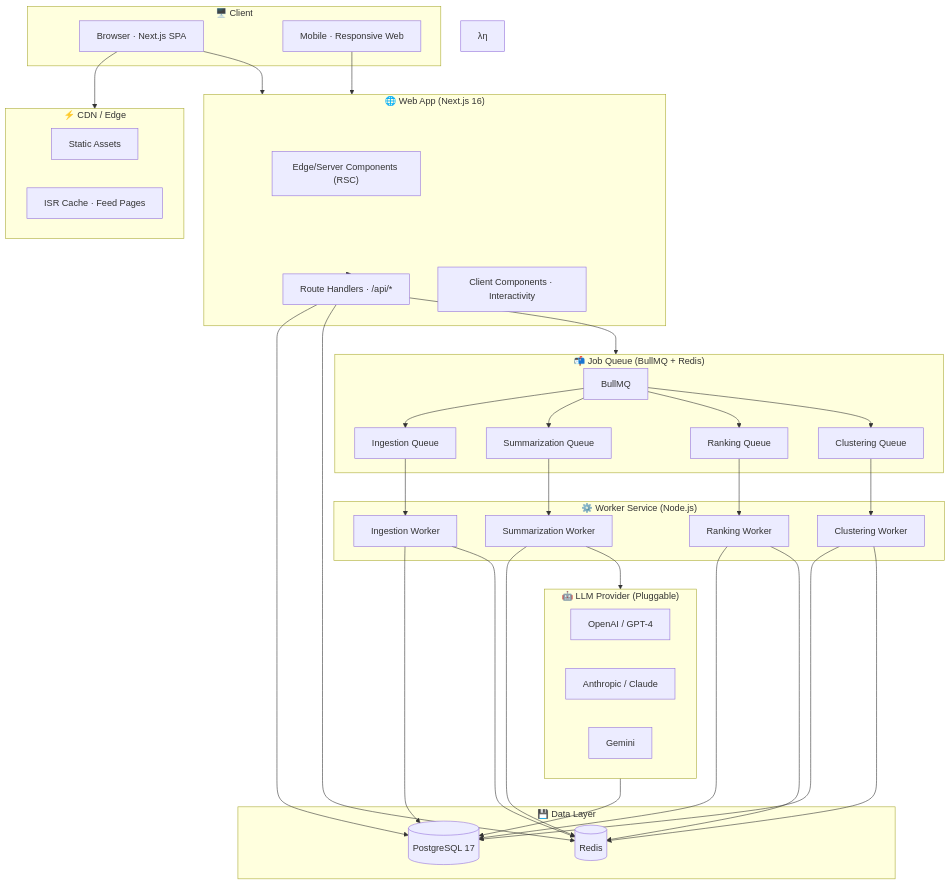
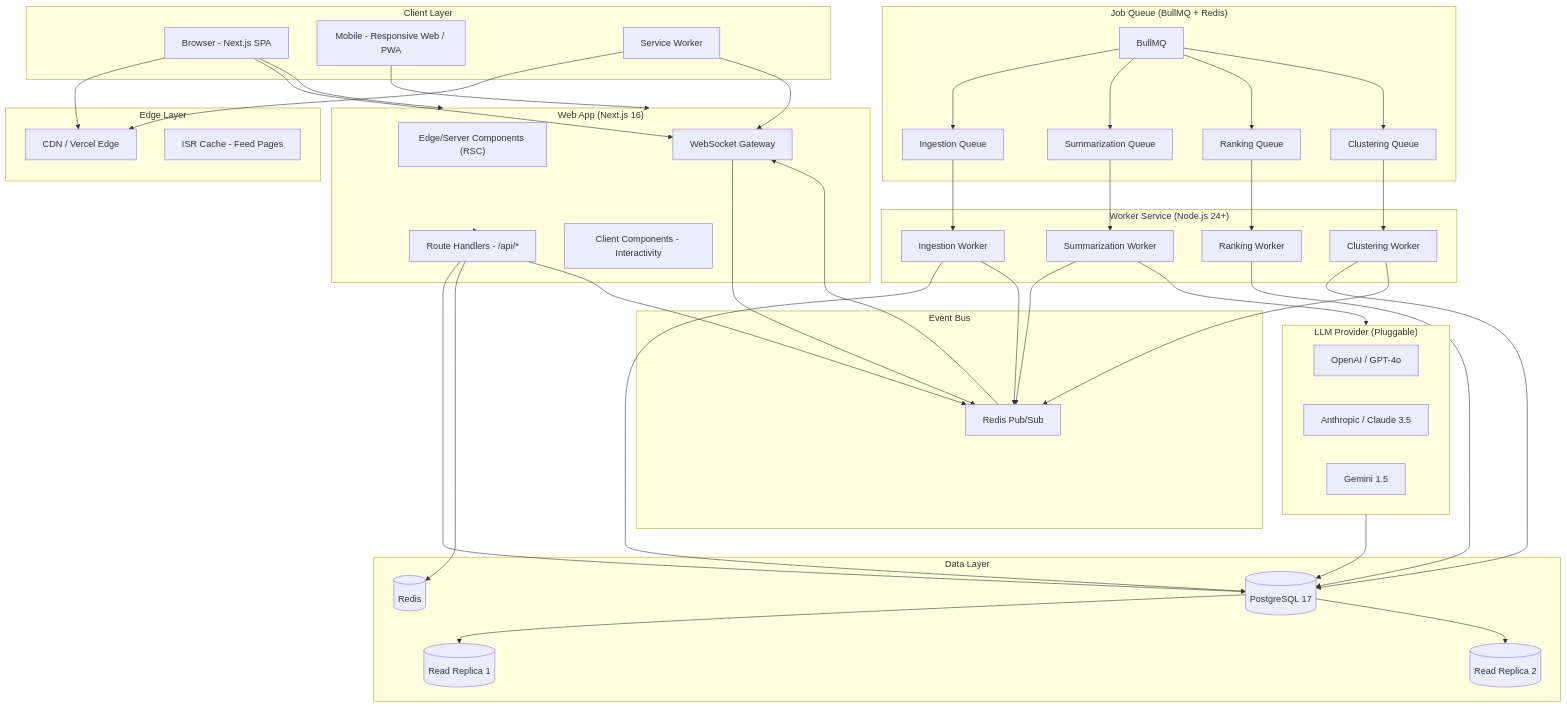
The second of 5 diagrams in Project_Architecture_Document.md (nordeim/onestopnews), drawn with Mermaid before and after one commit. The commit also changed other lines of this file and 1 other file, not shown here.

````diff
--- a/Project_Architecture_Document.md
+++ b/Project_Architecture_Document.md
@@ -375,59 +632,74 @@
 ```mermaid
 flowchart TB
-    subgraph Client["🖥️ Client"]
-        Browser["Browser · Next.js SPA"]
-        Mobile["Mobile · Responsive Web"]
-    end
+  subgraph Client["Client Layer"]
+    Browser["Browser - Next.js SPA"]
+    Mobile["Mobile - Responsive Web / PWA"]
+    SW["Service Worker"]
+  end
 
-    subgraph CDN["⚡ CDN / Edge"]
-        Static["Static Assets"]
-        ISR["ISR Cache · Feed Pages"]
-    end
+  subgraph Edge["Edge Layer"]
+    CDN["CDN / Vercel Edge"]
+    ISR["ISR Cache - Feed Pages"]
+  end
 
-    subgraph Web["🌐 Web App (Next.js 16)"]
-        ESR["Edge/Server Components (RSC)"]
-        API["Route Handlers · /api/*"]
-        ClientComp["Client Components · Interactivity"]
-    end
+  subgraph Web["Web App (Next.js 16)"]
+    ESR["Edge/Server Components (RSC)"]
+    API["Route Handlers - /api/*"]
+    ClientComp["Client Components - Interactivity"]
+    WS_GW["WebSocket Gateway"]
+  end
 
-    subgraph Queue["📬 Job Queue (BullMQ + Redis)"]
-        BullMQ["BullMQ"] --> INGEST_Q["Ingestion Queue"]
-        BullMQ --> SUMMARIZE_Q["Summarization Queue"]
-        BullMQ --> RANK_Q["Ranking Queue"]
-        BullMQ --> CLUSTER_Q["Clustering Queue"]
-    end
+  subgraph Queue["Job Queue (BullMQ + Redis)"]
+    BullMQ["BullMQ"] --> INGEST_Q["Ingestion Queue"]
+    BullMQ --> SUMMARIZE_Q["Summarization Queue"]
+    BullMQ --> RANK_Q["Ranking Queue"]
+    BullMQ --> CLUSTER_Q["Clustering Queue"]
+  end
 
-    subgraph Workers["⚙️ Worker Service (Node.js)"]
-        INGEST["Ingestion Worker"]
-        SUMMARIZE["Summarization Worker"]
-        RANK["Ranking Worker"]
-        CLUSTER["Clustering Worker"]
-    end
+  subgraph Workers["Worker Service (Node.js 24+)"]
+    INGEST["Ingestion Worker"]
+    SUMMARIZE["Summarization Worker"]
+    RANK["Ranking Worker"]
+    CLUSTER["Clustering Worker"]
+  end
 
-    subgraph Data["💾 Data Layer"]
-        PG[(PostgreSQL 17)]
-        REDIS[(Redis)]
-    end
+  subgraph Data["Data Layer"]
+    PG[(PostgreSQL 17)]
+    PG_R1[(Read Replica 1)]
+    PG_R2[(Read Replica 2)]
+    REDIS[(Redis)]
+  end
 
-    subgraph LLM["🤖 LLM Provider (Pluggable)"]
-        OPENAI["OpenAI / GPT-4"] & ANTH["Anthropic / Claude"] & GEMINI["Gemini"]
-    endλη
+  subgraph LLM["LLM Provider (Pluggable)"]
+    OPENAI["OpenAI / GPT-4o"] & ANTH["Anthropic / Claude 3.5"] & GEMINI["Gemini 1.5"]
+  end
 
-    Browser --> CDN
-    Browser --> Web
-    Mobile --> Web
-    
-    Web --> API --> PG
-    API --> REDIS
-    API --> Queue
-    
-    INGEST_Q --> INGEST --> PG
-    RANK_Q --> RANK --> PG
-    SUMMARIZE_Q --> SUMMARIZE --> LLM --> PG
-    CLUSTER_Q --> CLUSTER --> PG
-    
-    INGEST --> REDIS
-    SUMMARIZE --> REDIS
-    RANK --> REDIS
-    CLUSTER --> REDIS
+  subgraph Events["Event Bus"]
+    REDIS_PUB["Redis Pub/Sub"]
+  end
+
+  Browser --> CDN
+  Browser --> Web
+  Browser --> WS_GW
+  Mobile --> Web
+  SW --> CDN
+  SW --> WS_GW
+
+  Web --> API --> PG
+  API --> REDIS
+  API --> REDIS_PUB
+  WS_GW --> REDIS_PUB
+
+  INGEST_Q --> INGEST --> PG
+  RANK_Q --> RANK --> PG
+  SUMMARIZE_Q --> SUMMARIZE --> LLM --> PG
+  CLUSTER_Q --> CLUSTER --> PG
+
+  INGEST --> REDIS_PUB
+  CLUSTER --> REDIS_PUB
+  SUMMARIZE --> REDIS_PUB
+  REDIS_PUB --> WS_GW
+
+  PG --> PG_R1
+  PG --> PG_R2
 ```
````
